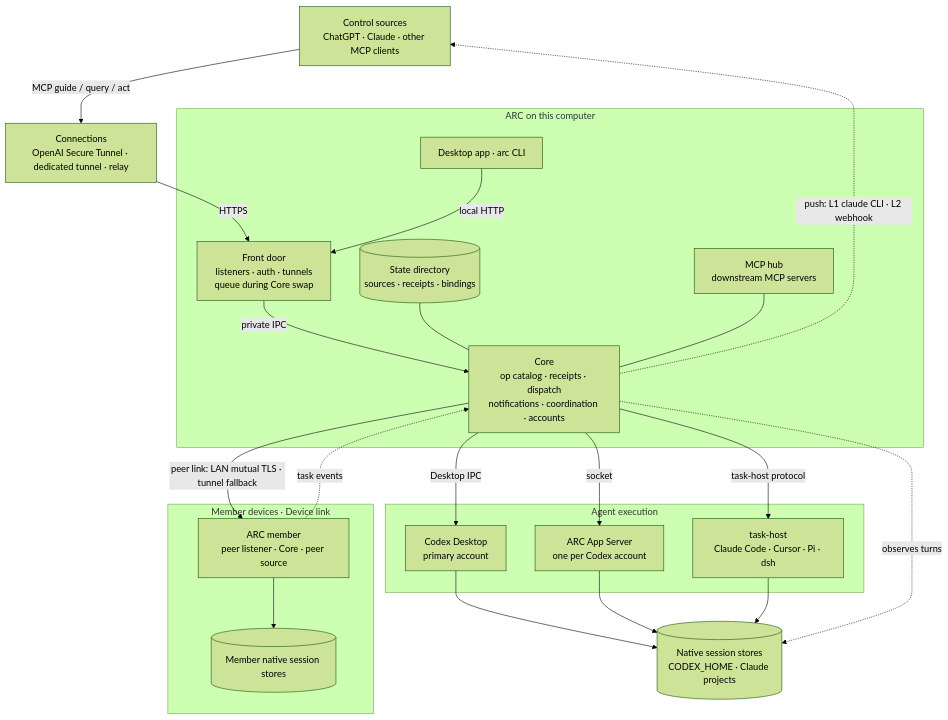
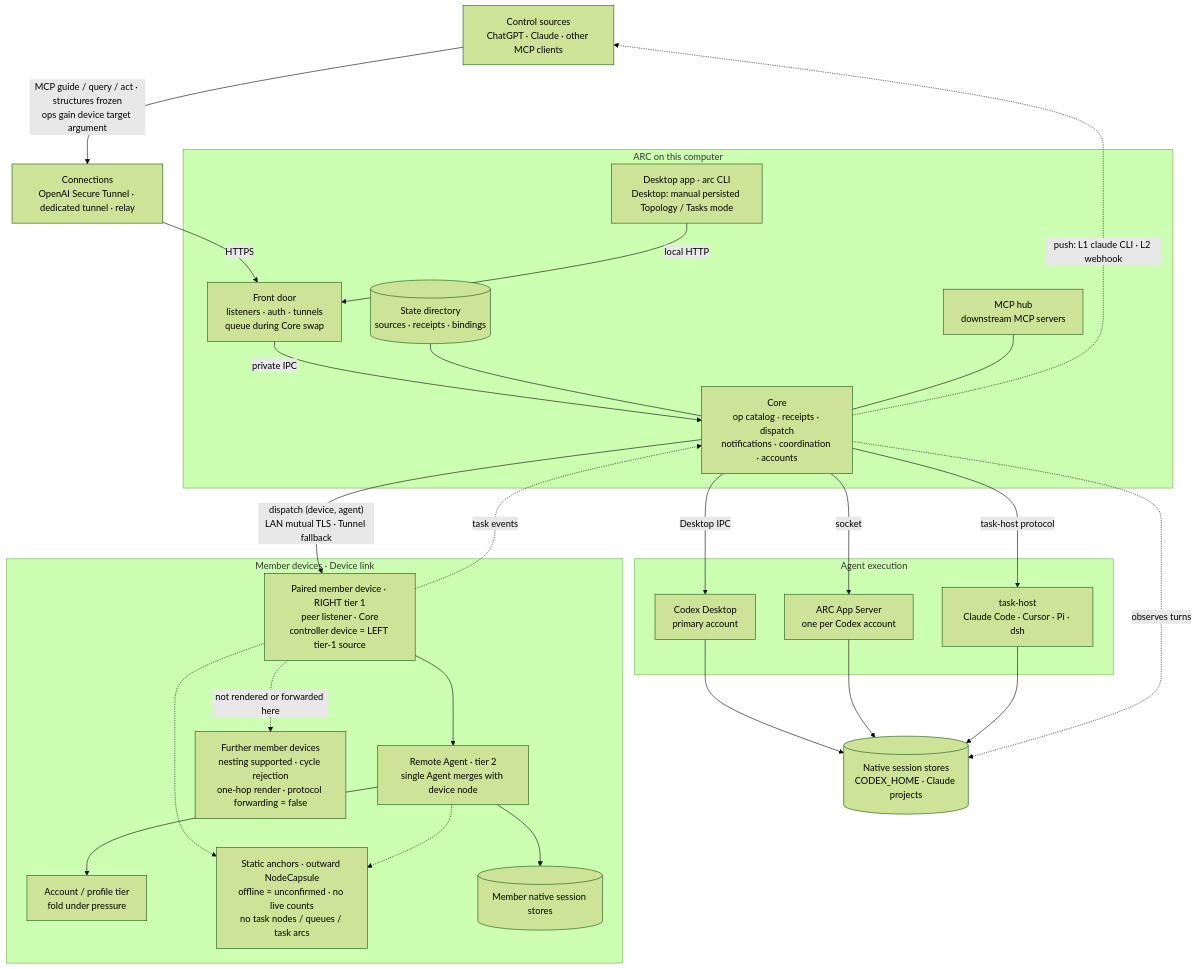
One commit to whzxc/agent-remote-control changed the diagram in arch/system-map.mmd. Above: the diagram before and after it, drawn with Mermaid (forest theme). The commit also changed 25 other files, not shown here.

```diff
--- a/arch/system-map.mmd
+++ b/arch/system-map.mmd
@@ -1,41 +1,49 @@
 %% ARC system map (layer 0): processes, external parties and how they connect.
 %% Index and code mapping: docs/dev/arch-assets.md
 flowchart TB
   src["Control sources<br/>ChatGPT · Claude · other MCP clients"]
   net["Connections<br/>OpenAI Secure Tunnel · dedicated tunnel · relay"]
   subgraph HOST["ARC on this computer"]
-    local["Desktop app · arc CLI"]
+    local["Desktop app · arc CLI<br/>Desktop: manual persisted Topology / Tasks mode"]
     fd["Front door<br/>listeners · auth · tunnels<br/>queue during Core swap"]
     state[("State directory<br/>sources · receipts · bindings")]
     hub["MCP hub<br/>downstream MCP servers"]
     core["Core<br/>op catalog · receipts · dispatch<br/>notifications · coordination · accounts"]
   end
   subgraph EXEC["Agent execution"]
     codexd["Codex Desktop<br/>primary account"]
     appsrv["ARC App Server<br/>one per Codex account"]
     taskhost["task-host<br/>Claude Code · Cursor · Pi · dsh"]
   end
   native[("Native session stores<br/>CODEX_HOME · Claude projects")]
   subgraph MEMBERS["Member devices · Device link"]
-    member["ARC member<br/>peer listener · Core · peer source"]
+    member["Paired member device · RIGHT tier 1<br/>peer listener · Core<br/>controller device = LEFT tier-1 source"]
+    magent["Remote Agent · tier 2<br/>single Agent merges with device node"]
+    maccount["Account / profile tier<br/>fold under pressure"]
+    mstates["Static anchors · outward NodeCapsule<br/>offline = unconfirmed · no live counts<br/>no task nodes / queues / task arcs"]
     mnative[("Member native session stores")]
+    descendant["Further member devices<br/>nesting supported · cycle rejection<br/>one-hop render · protocol forwarding = false"]
   end
-  src -->|"MCP guide / query / act"| net
+  src -->|"MCP guide / query / act · structures frozen<br/>ops gain device target argument"| net
   net -->|"HTTPS"| fd
   local -->|"local HTTP"| fd
   fd -->|"private IPC"| core
   state --- core
   hub --- core
   core -->|"Desktop IPC"| codexd
   core -->|"socket"| appsrv
   core -->|"task-host protocol"| taskhost
   codexd --> native
   appsrv --> native
   taskhost --> native
   core -.->|"observes turns"| native
   core -.->|"push: L1 claude CLI · L2 webhook"| src
-  core -->|"peer link: LAN mutual TLS · tunnel fallback"| member
+  core -->|"dispatch (device, agent)<br/>LAN mutual TLS · Tunnel fallback"| member
   member -.->|"task events"| core
-  member --> mnative
+  member --> magent --> maccount
+  member -.-> mstates
+  magent -.-> mstates
+  magent --> mnative
+  member -.->|"not rendered or forwarded here"| descendant
   class hub experimental
-  class member experimental
+  class member,magent,maccount,mstates,descendant experimental
```
